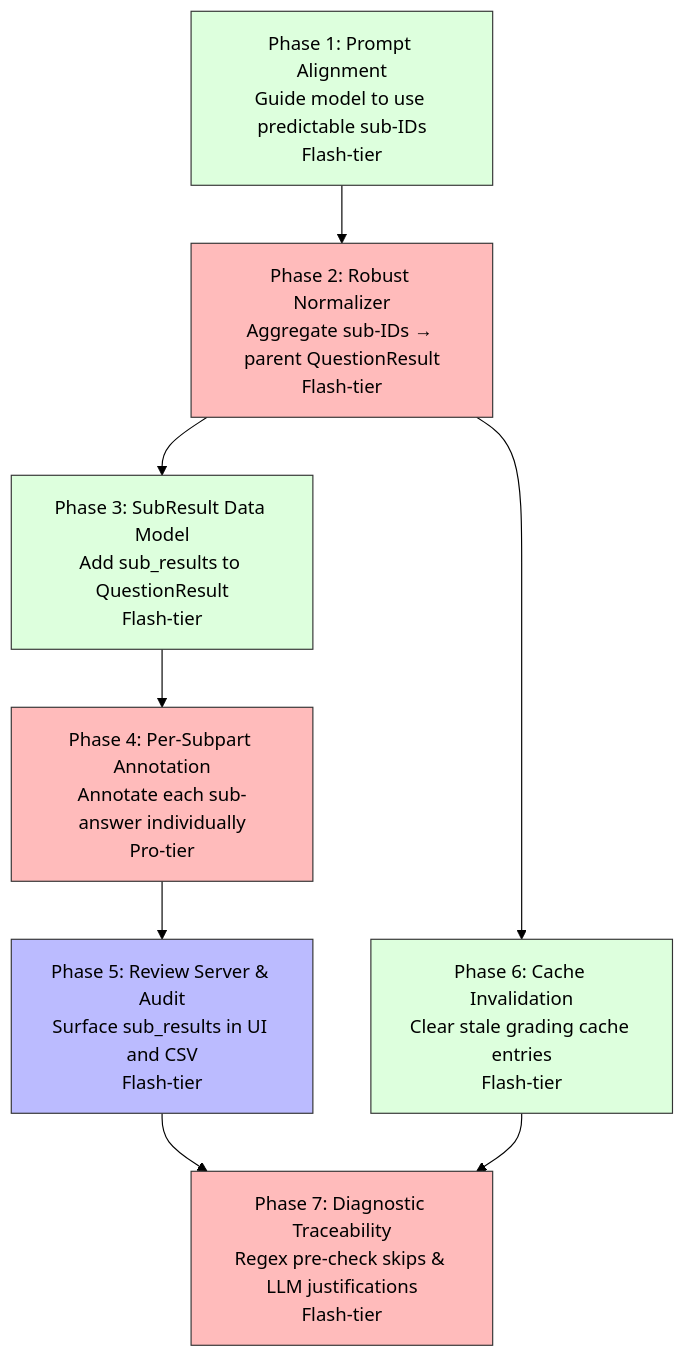
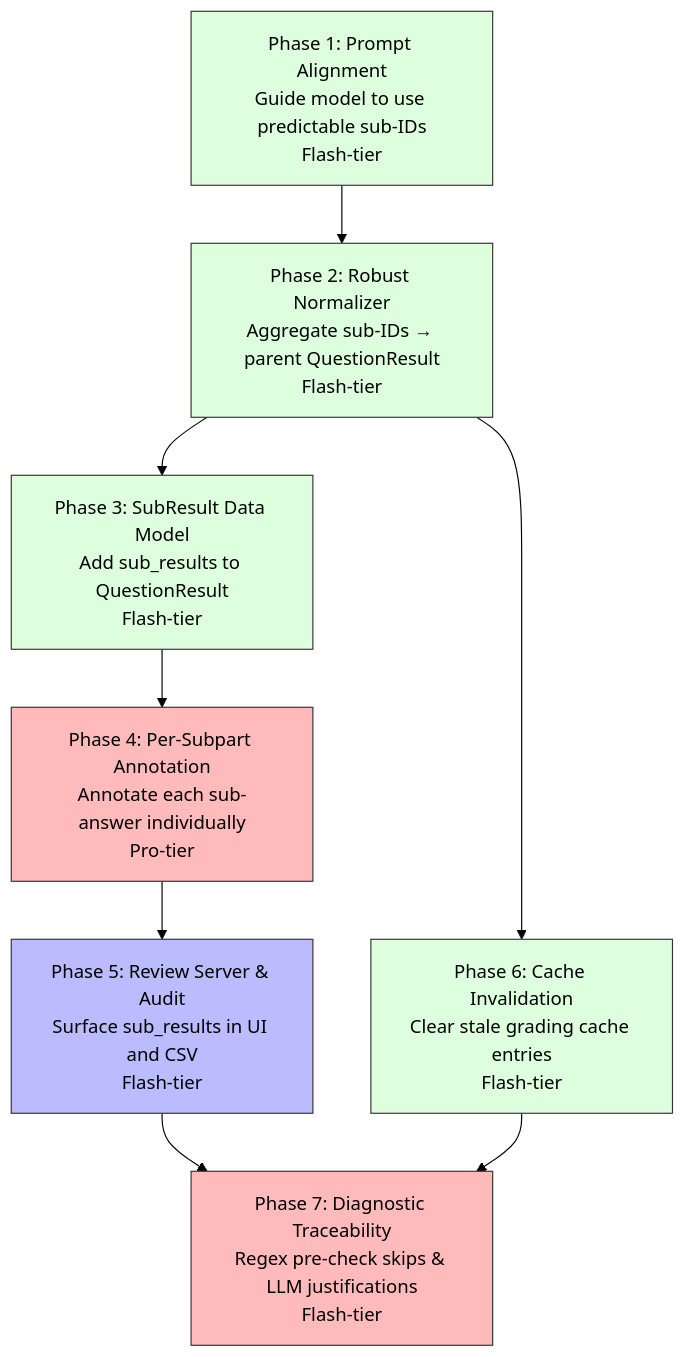
The diagram in docs/plans/subpart-aggregation-and-annotation.md (walshkang/gradeline), drawn with Mermaid (forest theme) before and after one commit. The commit also changed 4 other files, not shown here.

````diff
--- a/docs/plans/subpart-aggregation-and-annotation.md
+++ b/docs/plans/subpart-aggregation-and-annotation.md
@@ -11,18 +11,18 @@
 ```mermaid
 graph TD
     P1["Phase 1: Prompt Alignment<br>Guide model to use predictable sub-IDs<br>Flash-tier"] --> P2["Phase 2: Robust Normalizer<br>Aggregate sub-IDs → parent QuestionResult<br>Flash-tier"]
     P2 --> P3["Phase 3: SubResult Data Model<br>Add sub_results to QuestionResult<br>Flash-tier"]
     P3 --> P4["Phase 4: Per-Subpart Annotation<br>Annotate each sub-answer individually<br>Pro-tier"]
     P4 --> P5["Phase 5: Review Server & Audit<br>Surface sub_results in UI and CSV<br>Flash-tier"]
     P5 --> P7["Phase 7: Diagnostic Traceability<br>Regex pre-check skips & LLM justifications<br>Flash-tier"]
     P2 --> P6["Phase 6: Cache Invalidation<br>Clear stale grading cache entries<br>Flash-tier"]
     P6 --> P7
 
     style P1 fill:#dfd,stroke:#333
-    style P2 fill:#fbb,stroke:#333
+    style P2 fill:#dfd,stroke:#333
     style P3 fill:#dfd,stroke:#333
     style P4 fill:#fbb,stroke:#333
     style P5 fill:#bbf,stroke:#333
     style P6 fill:#dfd,stroke:#333
     style P7 fill:#fbb,stroke:#333
 ```
````
